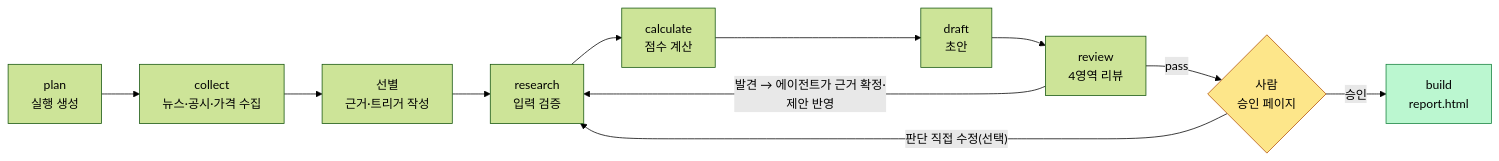
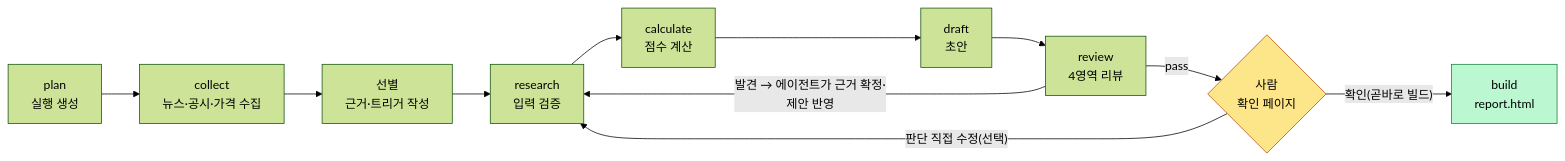
One commit to HANSOLJJ/stock-report-harness changed the first of 6 diagrams in docs/scorecard/guide.md. Above: the diagram before and after it, drawn with Mermaid (forest theme). The commit also changed other lines of this file and 13 other files, not shown here.

````diff
--- a/docs/scorecard/guide.md
+++ b/docs/scorecard/guide.md
@@ -11,15 +11,15 @@
 ```mermaid
 flowchart LR
     A["plan<br/>실행 생성"] --> B["collect<br/>뉴스·공시·가격 수집"]
     B --> C["선별<br/>근거·트리거 작성"]
     C --> D["research<br/>입력 검증"]
     D --> E["calculate<br/>점수 계산"]
     E --> F["draft<br/>초안"]
     F --> G["review<br/>4영역 리뷰"]
     G -- "발견 → 에이전트가 근거 확정·제안 반영" --> D
-    G -- "pass" --> H{"사람<br/>승인 페이지"}
+    G -- "pass" --> H{"사람<br/>확인 페이지"}
     H -- "판단 직접 수정(선택)" --> D
-    H -- "승인" --> I["build<br/>report.html"]
+    H -- "확인(곧바로 빌드)" --> I["build<br/>report.html"]
     style H fill:#fde68a,stroke:#b45309
     style I fill:#bbf7d0,stroke:#15803d
 ```
````
